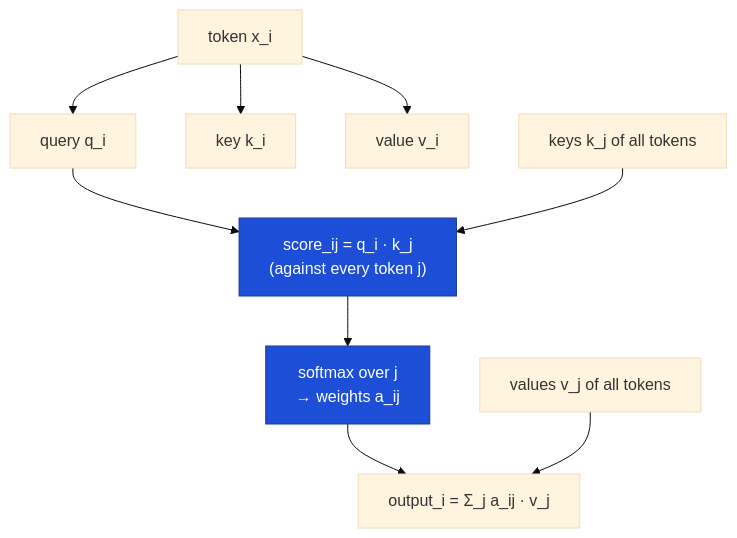
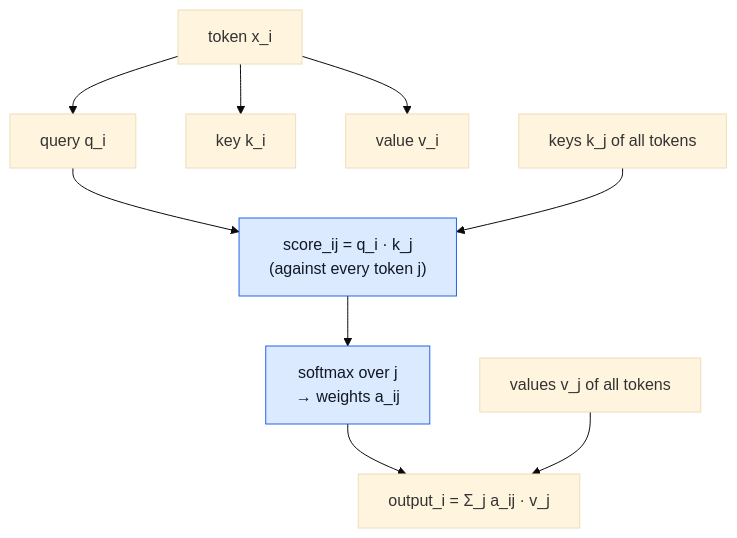
Before and after one commit to youyun8/deep-kernel-handbook: the third of 10 diagrams in docs/foundations/transformer-from-scratch.md, drawn with Mermaid (base theme). The commit also changed other lines of this file and 10 other files, not shown here.

Commit message:
docs: fix diagram contrast and home title

````diff
--- a/docs/foundations/transformer-from-scratch.md
+++ b/docs/foundations/transformer-from-scratch.md
@@ -90,14 +90,14 @@
 ```mermaid
 flowchart TD
     X["token x_i"] --> Q["query q_i"]
     X --> K["key k_i"]
     X --> V["value v_i"]
     Q --> DOT["score_ij = q_i · k_j<br/>(against every token j)"]
     K2["keys k_j of all tokens"] --> DOT
     DOT --> SM["softmax over j<br/>→ weights a_ij"]
     SM --> WS["output_i = Σ_j a_ij · v_j"]
     V2["values v_j of all tokens"] --> WS
     class DOT accBlue;
     class SM accBlue;
-    classDef accBlue fill:#1d4ed8,stroke:#1e3a8a,color:#fff;
+    classDef accBlue fill:#dbeafe,stroke:#2563eb,color:#111827;
 ```
````
